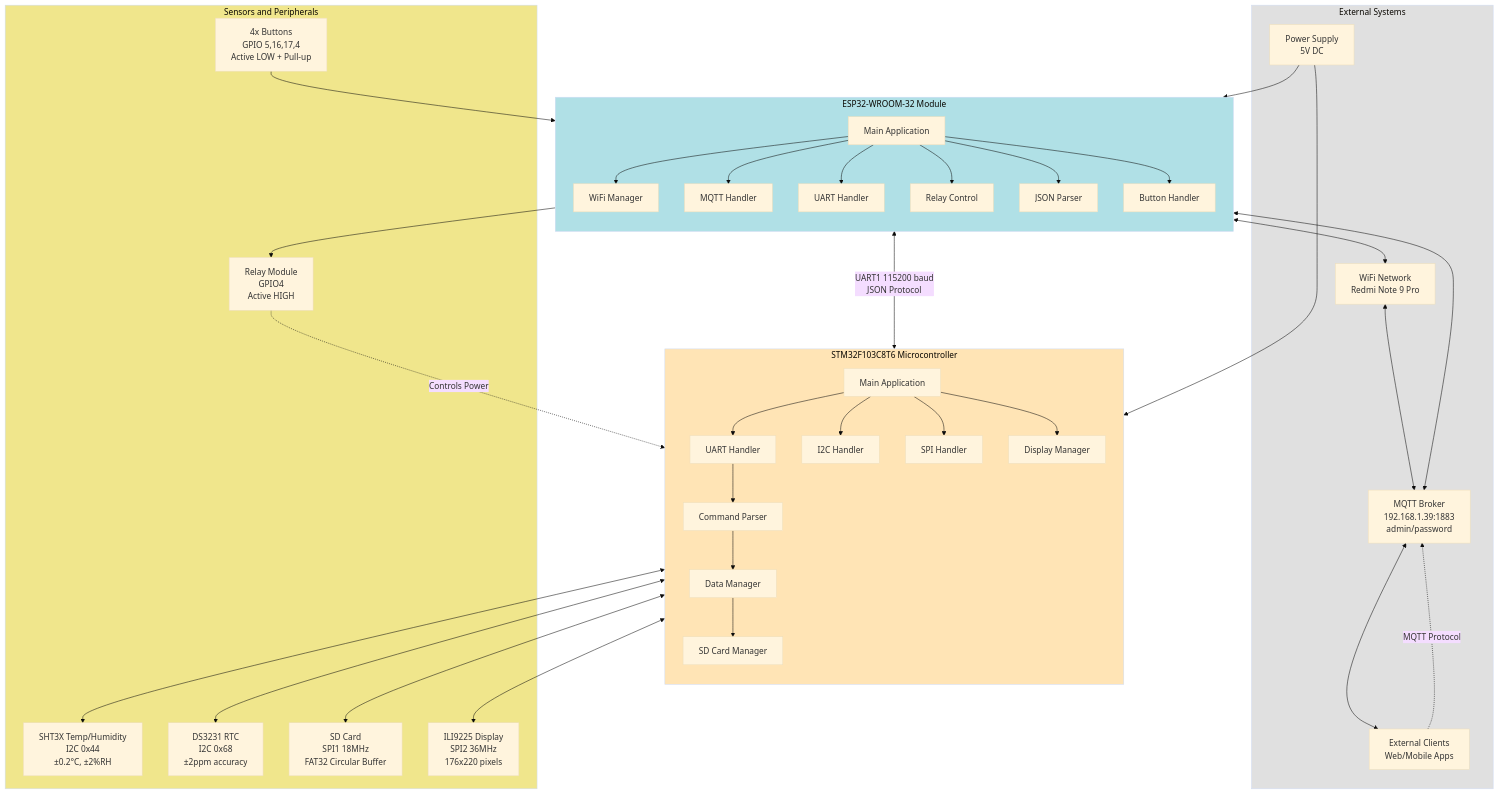
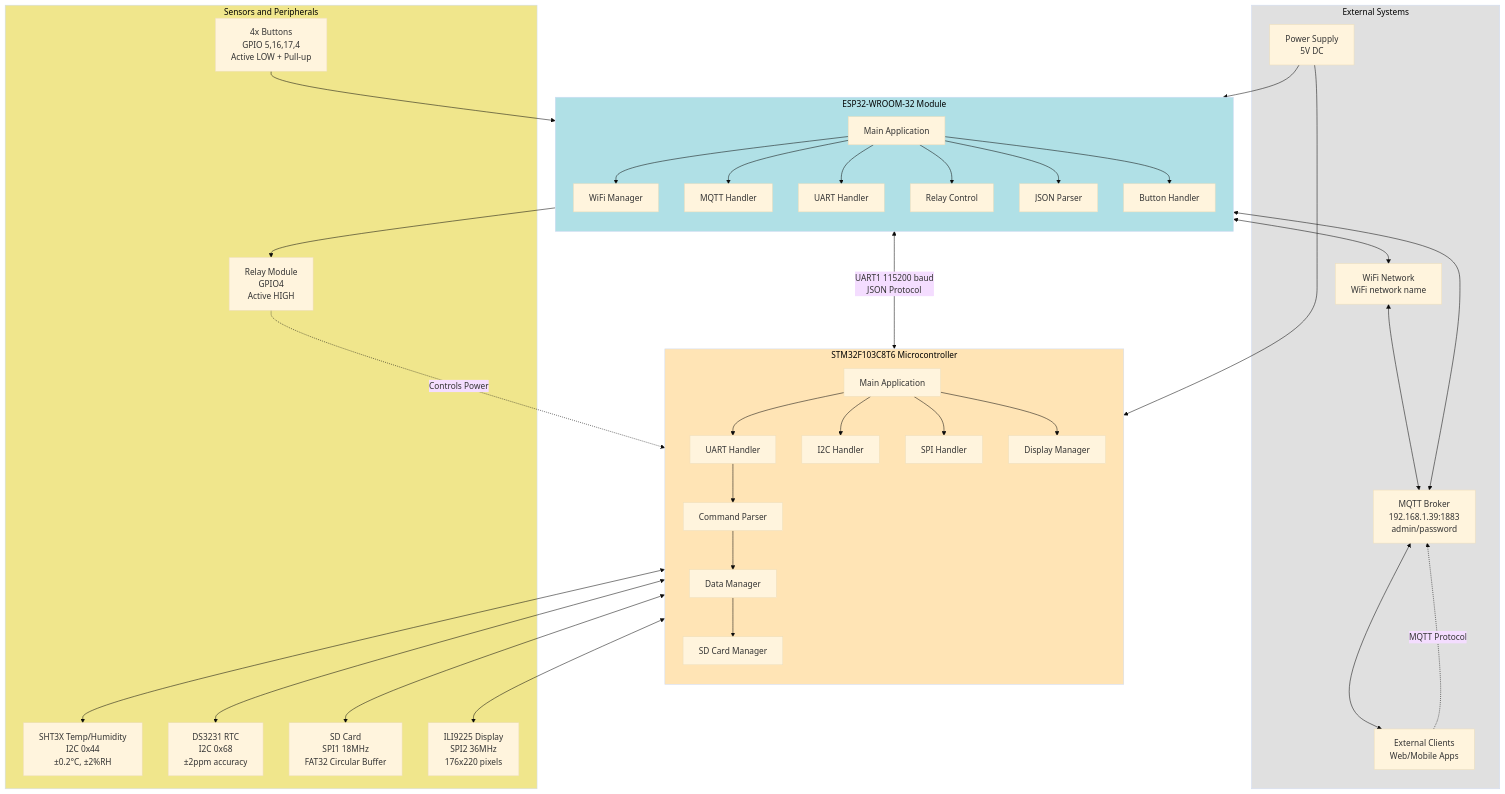
The first of 10 diagrams in documents/firmware/ARCHITECTURE_DIAGRAM_FIRMWARE.md (meeTeam05/datalogger), drawn with Mermaid (base theme) before and after one commit. The commit also changed other lines of this file and 1 other file, not shown here.

Commit message:
fix(docs): update architecture and UML diagrams; improve clarity and remove outdated deployment details

````diff
--- a/documents/firmware/ARCHITECTURE_DIAGRAM_FIRMWARE.md
+++ b/documents/firmware/ARCHITECTURE_DIAGRAM_FIRMWARE.md
@@ -7,82 +7,82 @@
 ```mermaid
 graph TB
     subgraph External[External Systems]
         User[External Clients<br/>Web/Mobile Apps]
         Power[Power Supply<br/>5V DC]
-        Network[WiFi Network<br/>Redmi Note 9 Pro]
+        Network[WiFi Network<br/>WiFi network name]
         Broker[MQTT Broker<br/>192.168.1.39:1883<br/>admin/password]
     end
 
     subgraph STM32[STM32F103C8T6 Microcontroller]
         direction TB
         STM32_Main[Main Application]
         STM32_UART[UART Handler]
         STM32_I2C[I2C Handler]
         STM32_SPI[SPI Handler]
         STM32_CMD[Command Parser]
         STM32_DM[Data Manager]
         STM32_SD[SD Card Manager]
         STM32_Display[Display Manager]
 
         STM32_Main --> STM32_UART
         STM32_Main --> STM32_I2C
         STM32_Main --> STM32_SPI
         STM32_UART --> STM32_CMD
         STM32_CMD --> STM32_DM
         STM32_DM --> STM32_SD
         STM32_Main --> STM32_Display
     end
 
     subgraph ESP32[ESP32-WROOM-32 Module]
         direction TB
         ESP32_Main[Main Application]
         ESP32_WiFi[WiFi Manager]
         ESP32_MQTT[MQTT Handler]
         ESP32_UART2[UART Handler]
         ESP32_Relay[Relay Control]
         ESP32_JSON[JSON Parser]
         ESP32_Button[Button Handler]
 
         ESP32_Main --> ESP32_WiFi
         ESP32_Main --> ESP32_MQTT
         ESP32_Main --> ESP32_UART2
         ESP32_Main --> ESP32_Relay
         ESP32_Main --> ESP32_JSON
         ESP32_Main --> ESP32_Button
     end
 
     subgraph Sensors[Sensors and Peripherals]
         SHT3X[SHT3X Temp/Humidity<br/>I2C 0x44<br/>±0.2°C, ±2%RH]
         RTC[DS3231 RTC<br/>I2C 0x68<br/>±2ppm accuracy]
         SD[SD Card<br/>SPI1 18MHz<br/>FAT32 Circular Buffer]
         TFT[ILI9225 Display<br/>SPI2 36MHz<br/>176x220 pixels]
         RelayHW[Relay Module<br/>GPIO4<br/>Active HIGH]
         Buttons[4x Buttons<br/>GPIO 5,16,17,4<br/>Active LOW + Pull-up]
     end
 
     Power --> STM32
     Power --> ESP32
 
     STM32_I2C <--> SHT3X
     STM32_I2C <--> RTC
     STM32_SPI <--> SD
     STM32_SPI <--> TFT
 
     STM32_UART <-->|UART1 115200 baud<br/>JSON Protocol| ESP32_UART2
 
     ESP32_WiFi <--> Network
     Network <--> Broker
     ESP32_MQTT <--> Broker
     Broker <--> User
 
     ESP32_Relay --> RelayHW
     Buttons --> ESP32_Button
     RelayHW -.->|Controls Power| STM32
 
     User -.->|MQTT Protocol| Broker
 
-    style STM32 fill:#FFE4B5
-    style ESP32 fill:#B0E0E6
-    style External fill:#E0E0E0
-    style Sensors fill:#F0E68C
+    style STM32 fill:#FFE4B5, color:#000000
+    style ESP32 fill:#B0E0E6, color:#000000
+    style External fill:#E0E0E0, color:#000000
+    style Sensors fill:#F0E68C, color:#000000
 ```
````
